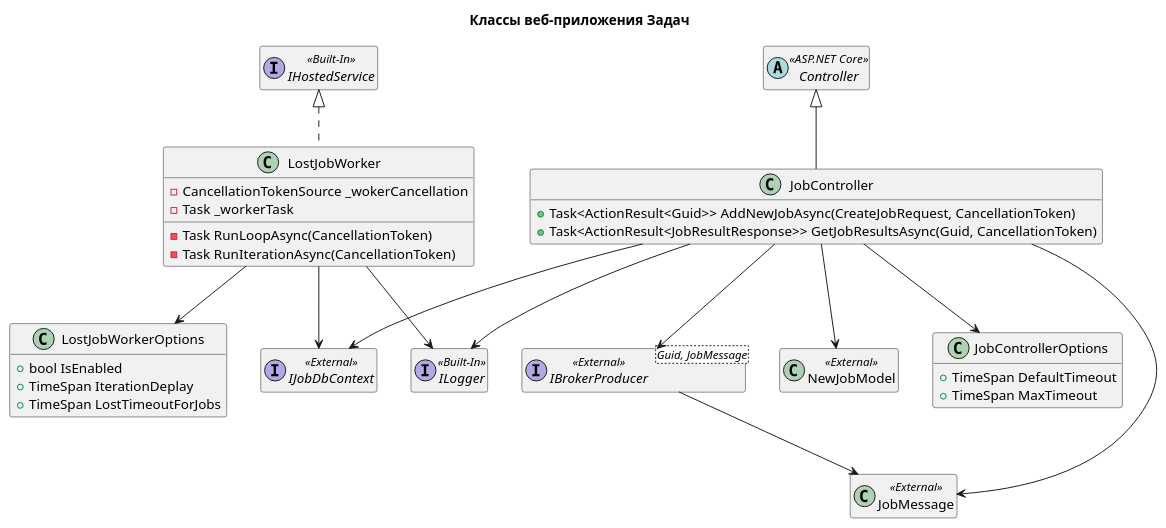
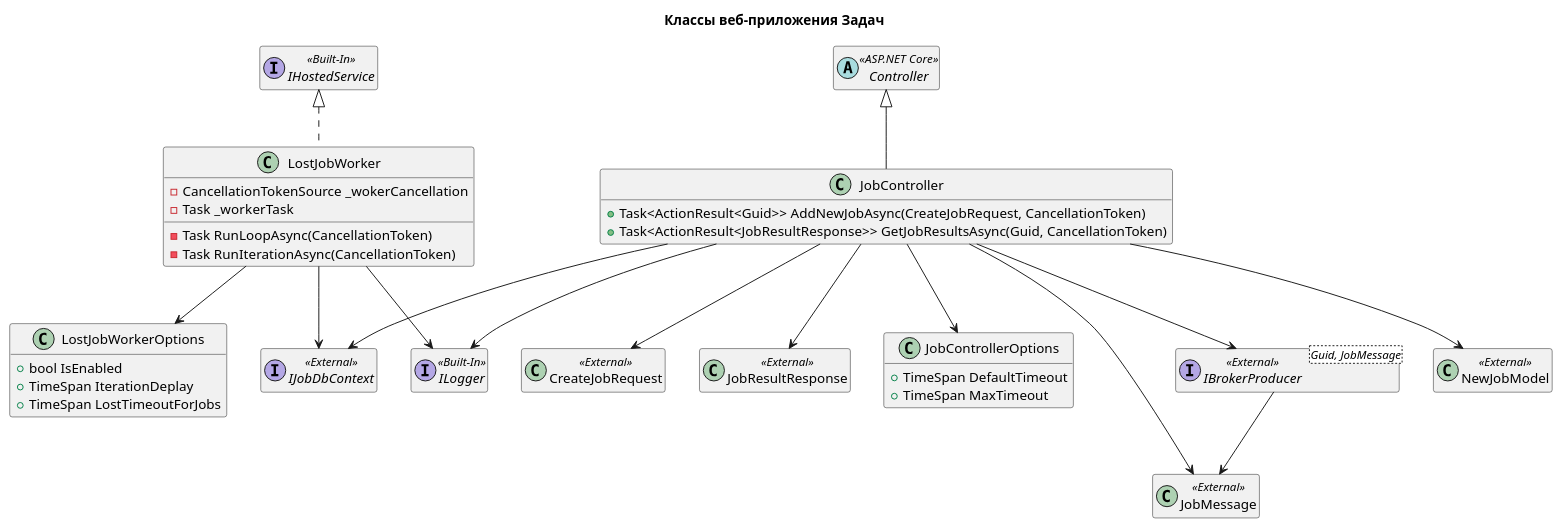
One commit to mrypdm/JobSystem changed the diagram in docs/diagrams/classes/Job.WebApi.puml. Above: the diagram before and after it, drawn with PlantUML. The commit also changed 7 other files, not shown here.

```diff
--- a/docs/diagrams/classes/Job.WebApi.puml
+++ b/docs/diagrams/classes/Job.WebApi.puml
@@ -1,53 +1,57 @@
 @startuml Job.WebApi classes
 hide empty members
 
 title Классы веб-приложения Задач
 
 abstract class Controller << ASP.NET Core >>
 interface IHostedService << Built-In >>
 interface ILogger << Built-In >>
 interface IJobDbContext << External >>
 class JobMessage << External >>
 class NewJobModel << External >>
+class CreateJobRequest << External >>
+class JobResultResponse << External >>
 interface IBrokerProducer<Guid, JobMessage> << External >>
 IBrokerProducer --> JobMessage
 
 class JobControllerOptions
 {
     +TimeSpan DefaultTimeout
     +TimeSpan MaxTimeout
 }
 
 class LostJobWorkerOptions
 {
     +bool IsEnabled
     +TimeSpan IterationDeplay
     +TimeSpan LostTimeoutForJobs
 }
 
 class LostJobWorker
 {
     -CancellationTokenSource _wokerCancellation
     -Task _workerTask
     -Task RunLoopAsync(CancellationToken)
     -Task RunIterationAsync(CancellationToken)
 }
 IHostedService <|.. LostJobWorker
 LostJobWorker --> LostJobWorkerOptions
 LostJobWorker --> IJobDbContext
 LostJobWorker --> ILogger
 
 class JobController
 {
     +Task<ActionResult<Guid>> AddNewJobAsync(CreateJobRequest, CancellationToken)
     +Task<ActionResult<JobResultResponse>> GetJobResultsAsync(Guid, CancellationToken)
 }
 Controller <|-- JobController
 JobController --> IJobDbContext
 JobController --> IBrokerProducer
 JobController --> JobControllerOptions
 JobController --> ILogger
 JobController --> JobMessage
 JobController --> NewJobModel
+JobController --> CreateJobRequest
+JobController --> JobResultResponse
 
 @enduml
```
